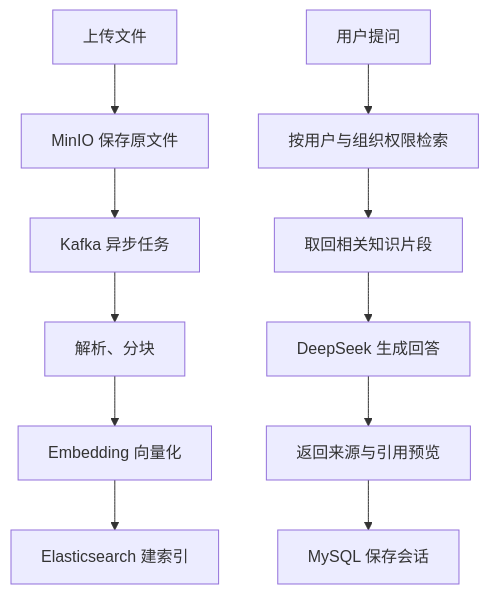
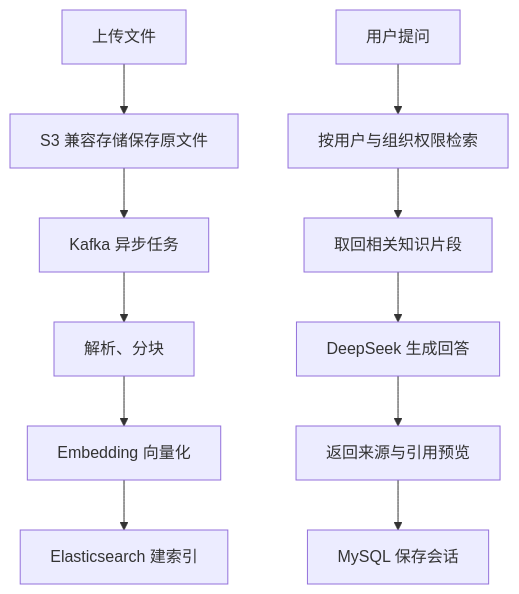
One commit to jym001-bit/KnowGround changed the second of 2 diagrams in README.md. Above: the diagram before and after it, drawn with Mermaid. The commit also changed other lines of this file and 17 other files, not shown here.

````diff
--- a/README.md
+++ b/README.md
@@ -57,14 +57,14 @@
 ```mermaid
 flowchart TD
-    UP[上传文件] --> STORE[MinIO 保存原文件]
+    UP[上传文件] --> STORE[S3 兼容存储保存原文件]
     STORE --> QUEUE[Kafka 异步任务]
     QUEUE --> PARSE[解析、分块]
     PARSE --> EMB[Embedding 向量化]
     EMB --> INDEX[Elasticsearch 建索引]
 
     Q[用户提问] --> ACL[按用户与组织权限检索]
     ACL --> RETRIEVE[取回相关知识片段]
     RETRIEVE --> LLM[DeepSeek 生成回答]
     LLM --> REF[返回来源与引用预览]
     REF --> HISTORY[MySQL 保存会话]
 ```
````
